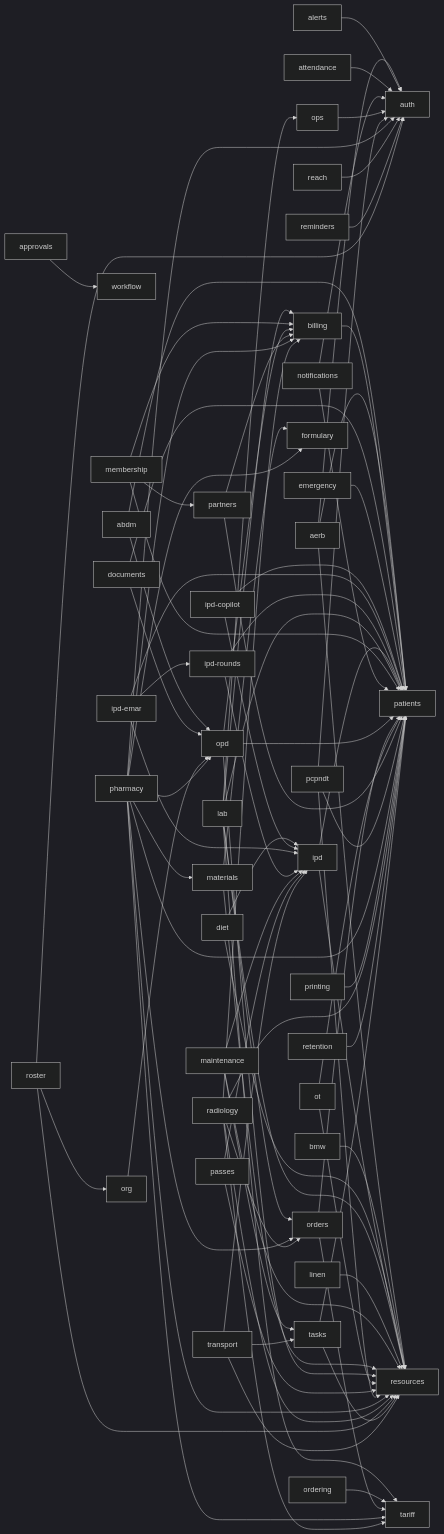
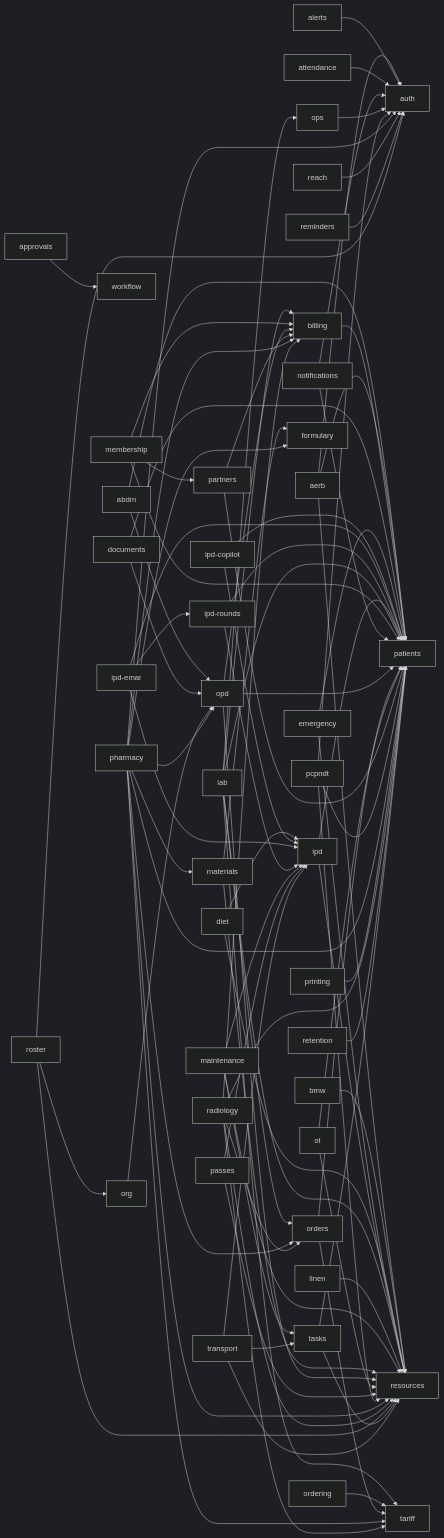
One commit to ankits3a/hims-hmis changed the diagram in docs/architecture/schema.md. Above: the diagram before and after it, drawn with Mermaid (dark theme). The commit also changed other lines of this file and 48 other files, not shown here.

First line of the commit message:
feat(emergency): ER lane 2 — ESI triage, re-triage clock (task, then climb), vitals, bays, ER doctor, take unit, OPD red flag (#809)

```diff
--- a/docs/architecture/schema.md
+++ b/docs/architecture/schema.md
@@ -27,6 +27,7 @@
   documents[documents] --> opd[opd]
   documents[documents] --> patients[patients]
   emergency[emergency] --> patients[patients]
+  emergency[emergency] --> resources[resources]
   ipd_copilot[ipd-copilot] --> ipd[ipd]
   ipd_copilot[ipd-copilot] --> patients[patients]
   ipd_emar[ipd-emar] --> ipd_rounds[ipd-rounds]
```
